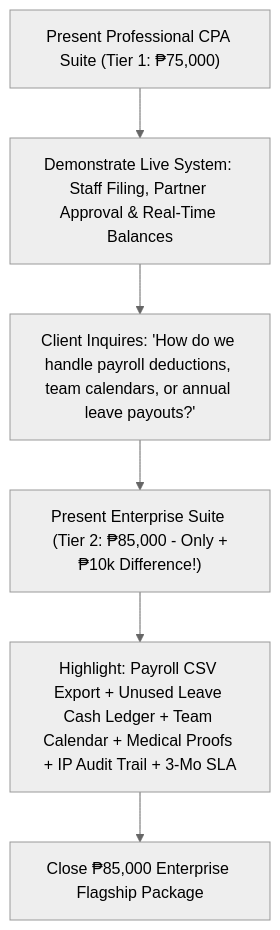
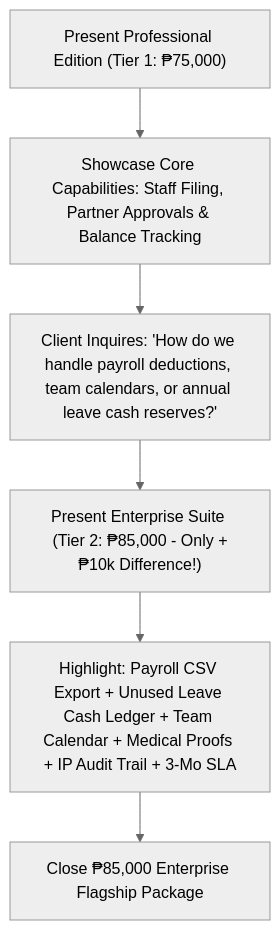
Before and after one commit to ggaaiiaaaaaa/leave-management: the diagram in PROPOSAL_TIERS.md, drawn with Mermaid (neutral theme). The commit also changed other lines of this file and 1 other file, not shown here.

Commit message:
Present pure commercial 2-tier client proposal with 75k Professional vs 85k Enterprise Suite

````diff
--- a/PROPOSAL_TIERS.md
+++ b/PROPOSAL_TIERS.md
@@ -106,8 +106,8 @@
 ```mermaid
 graph TD
-    A["Present Professional CPA Suite (Tier 1: ₱75,000)"] --> B["Demonstrate Live System: Staff Filing, Partner Approval & Real-Time Balances"]
-    B --> C["Client Inquires: 'How do we handle payroll deductions, team calendars, or annual leave payouts?'"]
+    A["Present Professional Edition (Tier 1: ₱75,000)"] --> B["Showcase Core Capabilities: Staff Filing, Partner Approvals & Balance Tracking"]
+    B --> C["Client Inquires: 'How do we handle payroll deductions, team calendars, or annual leave cash reserves?'"]
     C --> D["Present Enterprise Suite (Tier 2: ₱85,000 - Only +₱10k Difference!)"]
     D --> E["Highlight: Payroll CSV Export + Unused Leave Cash Ledger + Team Calendar + Medical Proofs + IP Audit Trail + 3-Mo SLA"]
     E --> F["Close ₱85,000 Enterprise Flagship Package"]
 ```
````
